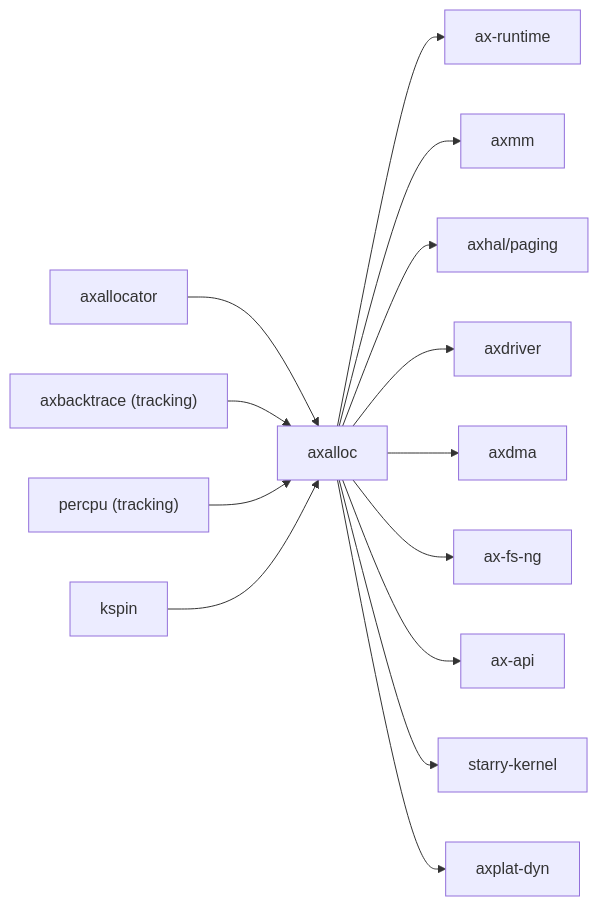
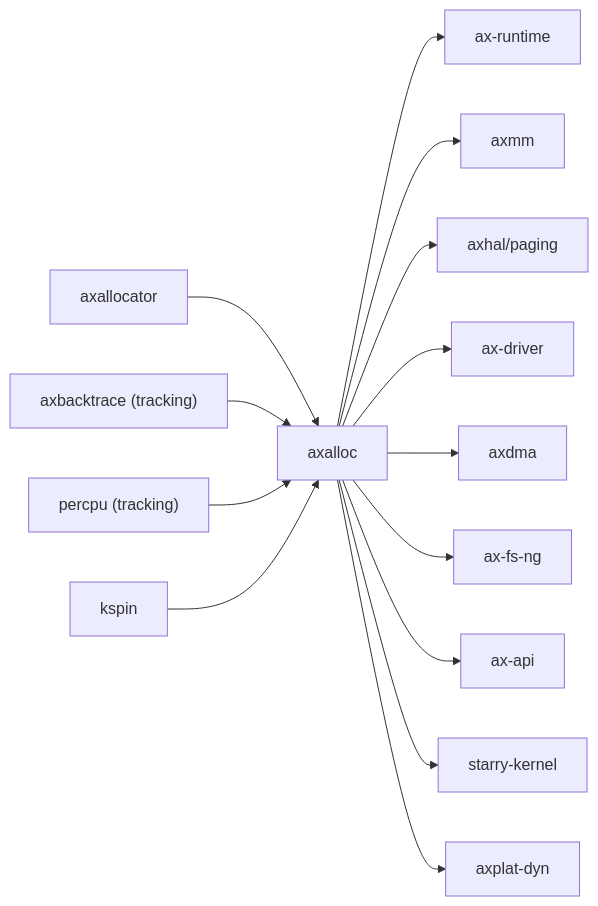
Before and after one commit to zKurisu/tgoskits: the second of 2 diagrams in docs/crates/axalloc.md, drawn with Mermaid. The commit also changed other lines of this file and 73 other files, not shown here.

Commit message:
rename axdriver to ax-driver

````diff
--- a/docs/crates/axalloc.md
+++ b/docs/crates/axalloc.md
@@ -82,17 +82,17 @@
 ```mermaid
 graph LR
     axallocator["axallocator"] --> axalloc["axalloc"]
     axbacktrace["axbacktrace (tracking)"] --> axalloc
     percpu["percpu (tracking)"] --> axalloc
     kspin["kspin"] --> axalloc
 
     axalloc --> ax-runtime["ax-runtime"]
     axalloc --> axmm["axmm"]
     axalloc --> axhal["axhal/paging"]
-    axalloc --> axdriver["axdriver"]
+    axalloc --> ax-driver["ax-driver"]
     axalloc --> axdma["axdma"]
     axalloc --> axfsng["ax-fs-ng"]
     axalloc --> ax-api["ax-api"]
     axalloc --> starry_kernel["starry-kernel"]
     axalloc --> axplat_dyn["axplat-dyn"]
 ```
````
